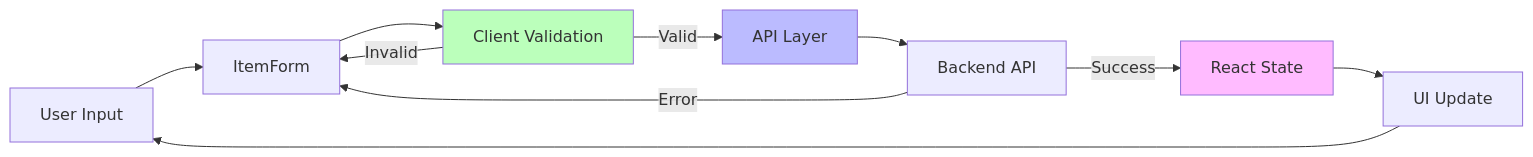
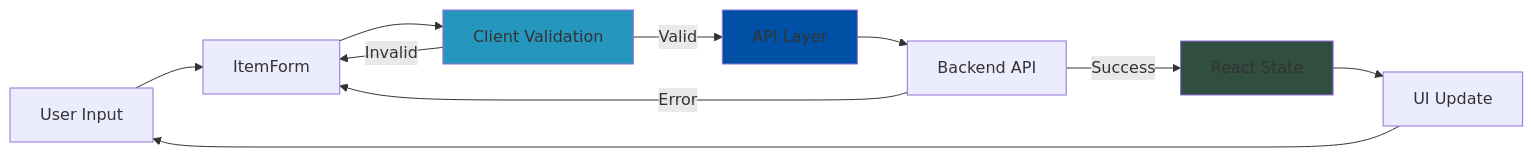
Before and after one commit to mkhairul/rbc-frontend: the third of 3 diagrams in README.md, drawn with Mermaid. The commit also changed other lines of this file, not shown here.

Commit message:
change bg colors

````diff
--- a/README.md
+++ b/README.md
@@ -108,24 +108,24 @@
 ```mermaid
 flowchart LR
     User[User Input]
     Form[ItemForm]
     Validation[Client Validation]
     API[API Layer]
     Backend[Backend API]
     State[React State]
     UI[UI Update]
     
     User --> Form
     Form --> Validation
     Validation -->|Valid| API
     Validation -->|Invalid| Form
     API --> Backend
     Backend -->|Success| State
     Backend -->|Error| Form
     State --> UI
     UI --> User
     
-    style Validation fill:#bfb
-    style API fill:#bbf
-    style State fill:#fbf
+    style Validation fill:#2596be
+    style API fill:#0051A5
+    style State fill:#314F40
 ```
````
